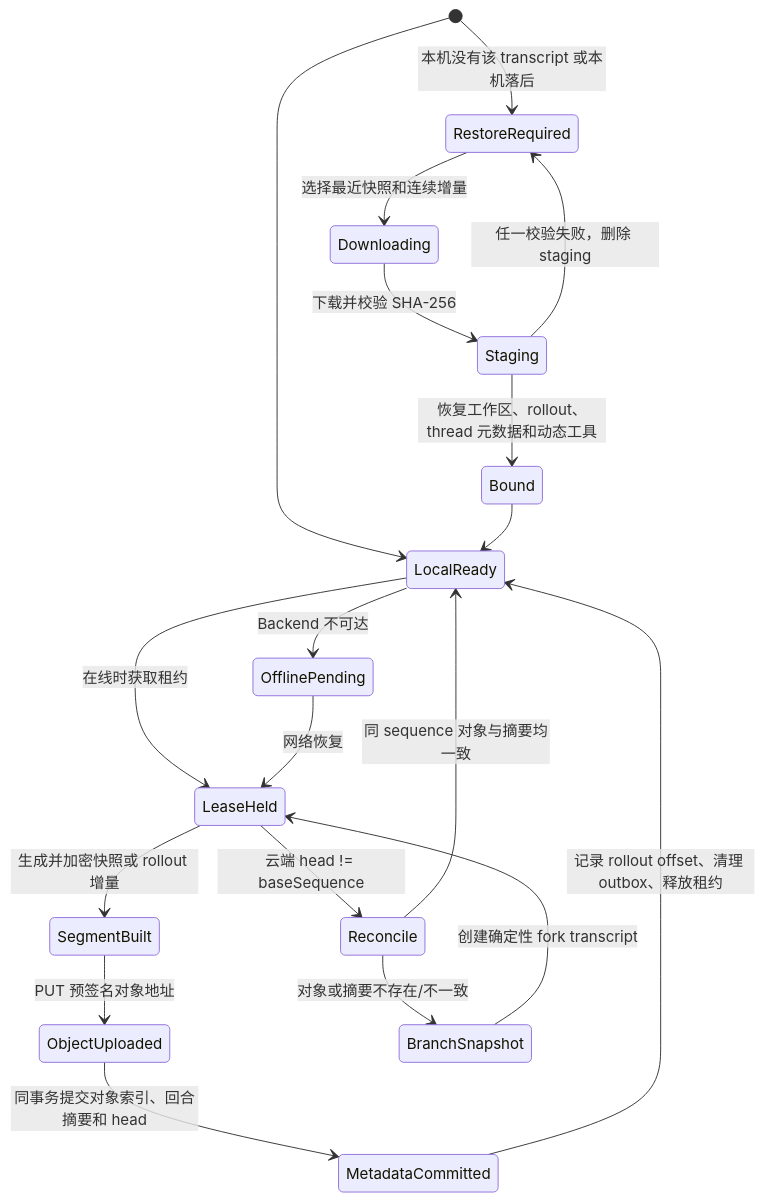
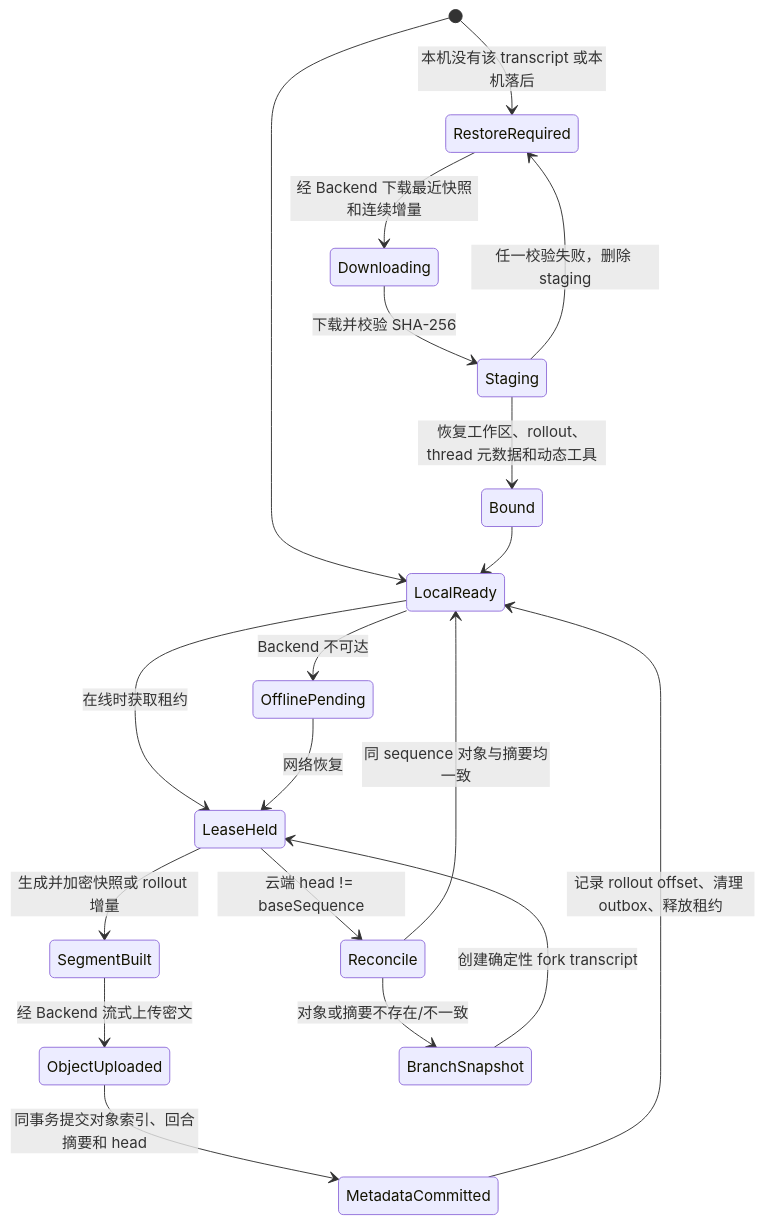
The diagram in i18n/zh/docusaurus-plugin-content-docs/current/wework/developer-guide/wework-transcript-sync.md (wecode-ai/wegent-docs), drawn with Mermaid before and after one commit. The commit also changed other lines of this file and 1 other file, not shown here.

````diff
--- a/i18n/zh/docusaurus-plugin-content-docs/current/wework/developer-guide/wework-transcript-sync.md
+++ b/i18n/zh/docusaurus-plugin-content-docs/current/wework/developer-guide/wework-transcript-sync.md
@@ -62,23 +64,23 @@
 ```mermaid
 stateDiagram-v2
     [*] --> LocalReady
     LocalReady --> LeaseHeld: 在线时获取租约
     LocalReady --> OfflinePending: Backend 不可达
     OfflinePending --> LeaseHeld: 网络恢复
     LeaseHeld --> SegmentBuilt: 生成并加密快照或 rollout 增量
-    SegmentBuilt --> ObjectUploaded: PUT 预签名对象地址
+    SegmentBuilt --> ObjectUploaded: 经 Backend 流式上传密文
     ObjectUploaded --> MetadataCommitted: 同事务提交对象索引、回合摘要和 head
     MetadataCommitted --> LocalReady: 记录 rollout offset、清理 outbox、释放租约
 
     LeaseHeld --> Reconcile: 云端 head != baseSequence
     Reconcile --> LocalReady: 同 sequence 对象与摘要均一致
     Reconcile --> BranchSnapshot: 对象或摘要不存在/不一致
     BranchSnapshot --> LeaseHeld: 创建确定性 fork transcript
 
     [*] --> RestoreRequired: 本机没有该 transcript 或本机落后
-    RestoreRequired --> Downloading: 选择最近快照和连续增量
+    RestoreRequired --> Downloading: 经 Backend 下载最近快照和连续增量
     Downloading --> Staging: 下载并校验 SHA-256
     Staging --> Bound: 恢复工作区、rollout、thread 元数据和动态工具
     Staging --> RestoreRequired: 任一校验失败，删除 staging
     Bound --> LocalReady
 ```
````
